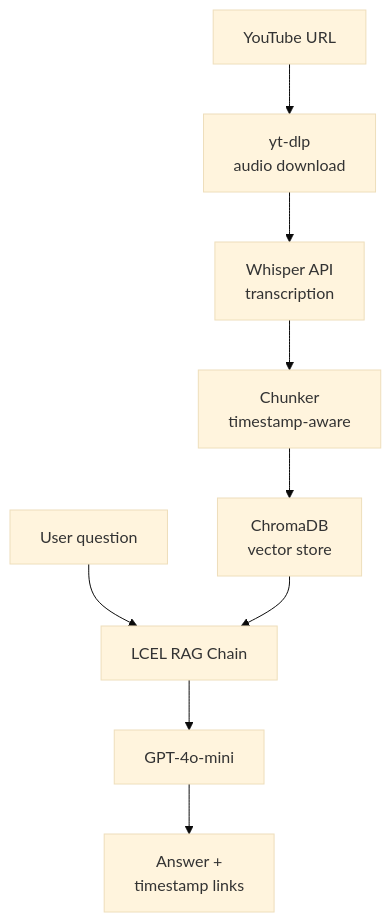
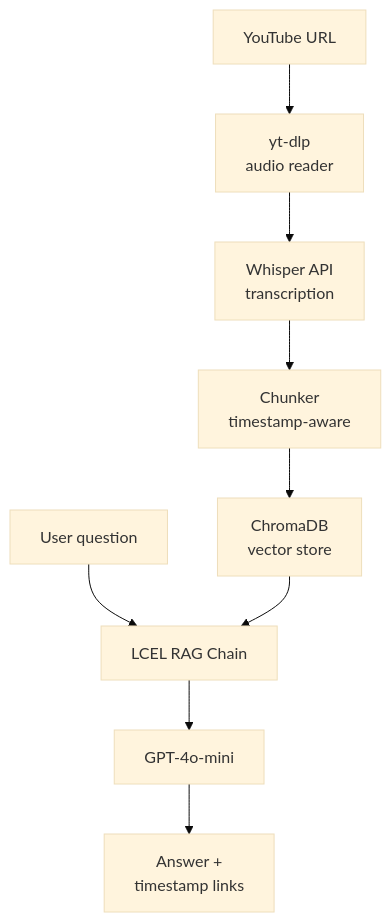
The diagram in README.md (ns6266-arch/youtube-rag-assistant), drawn with Mermaid (base theme) before and after one commit.

Commit message:
Update README.md flowchart

````diff
--- a/README.md
+++ b/README.md
@@ -11,11 +11,11 @@
 ```mermaid
 flowchart TD
-    A[YouTube URL] --> B[yt-dlp<br/>audio download]
+    A[YouTube URL] --> B[yt-dlp<br/>audio reader]
     B --> C[Whisper API<br/>transcription]
     C --> D[Chunker<br/>timestamp-aware]
     D --> E[ChromaDB<br/>vector store]
     F[User question] --> G[LCEL RAG Chain]
     E --> G
     G --> H[GPT-4o-mini]
     H --> I[Answer +<br/>timestamp links]
 ```
````
